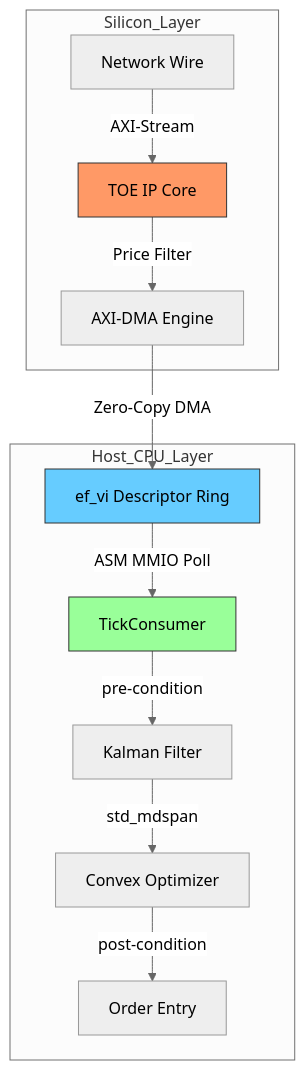
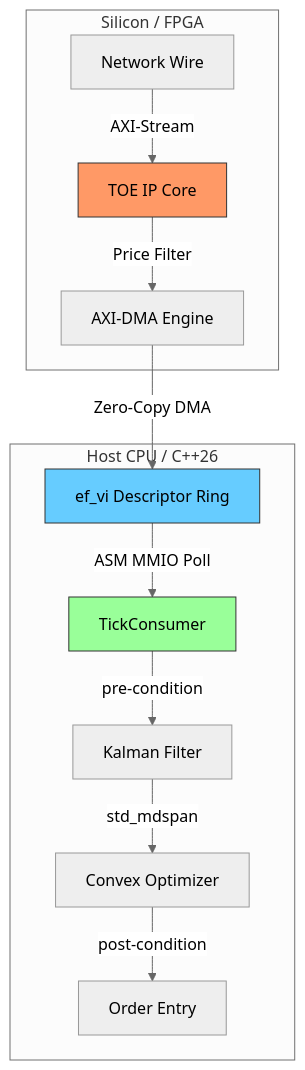
The diagram in docs/index.md (sm2774us/signal_processing_in_finance), drawn with Mermaid (neutral theme) before and after one commit. The commit also changed other lines of this file and 4 other files, not shown here.

````diff
--- a/docs/index.md
+++ b/docs/index.md
@@ -26,17 +24,17 @@
 ```mermaid
 graph TD
-    subgraph Silicon_Layer
+    subgraph Silicon_Layer [Silicon / FPGA]
         A[Network Wire] -->|AXI-Stream| B[TOE IP Core]
         B -->|Price Filter| C[AXI-DMA Engine]
     end
-    subgraph Host_CPU_Layer
+    subgraph Host_CPU_Layer [Host CPU / C++26]
         C -->|Zero-Copy DMA| D[ef_vi Descriptor Ring]
         D -->|ASM MMIO Poll| E[TickConsumer]
         E -->|pre-condition| F[Kalman Filter]
         F -->|std_mdspan| G[Convex Optimizer]
         G -->|post-condition| H[Order Entry]
     end
     style B fill:#f96,stroke:#333
     style D fill:#6cf,stroke:#333
     style E fill:#9f9,stroke:#333
 ```
````
